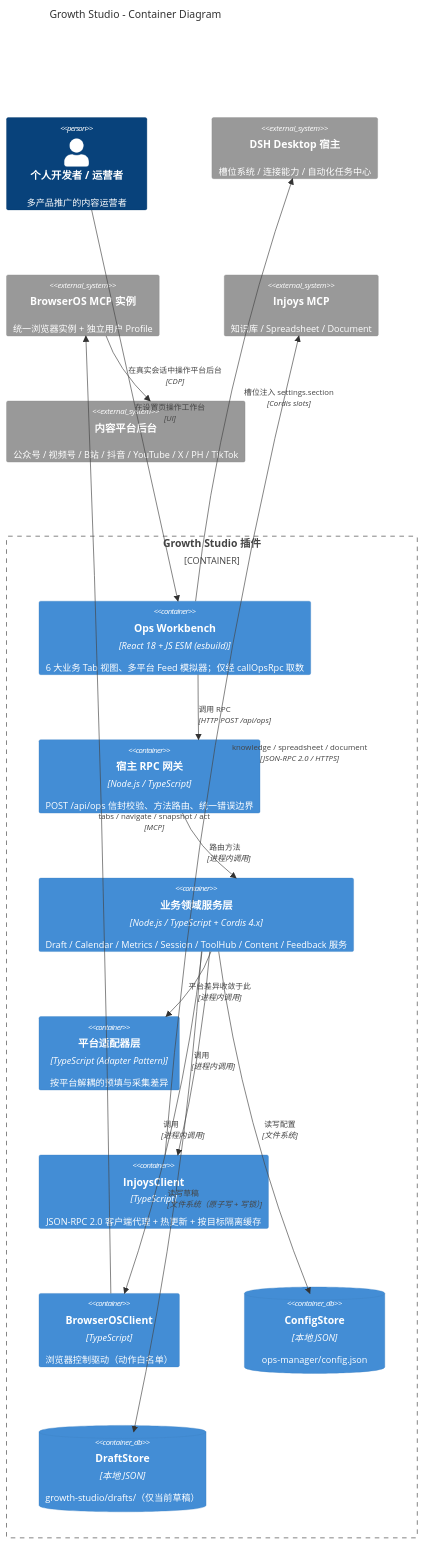
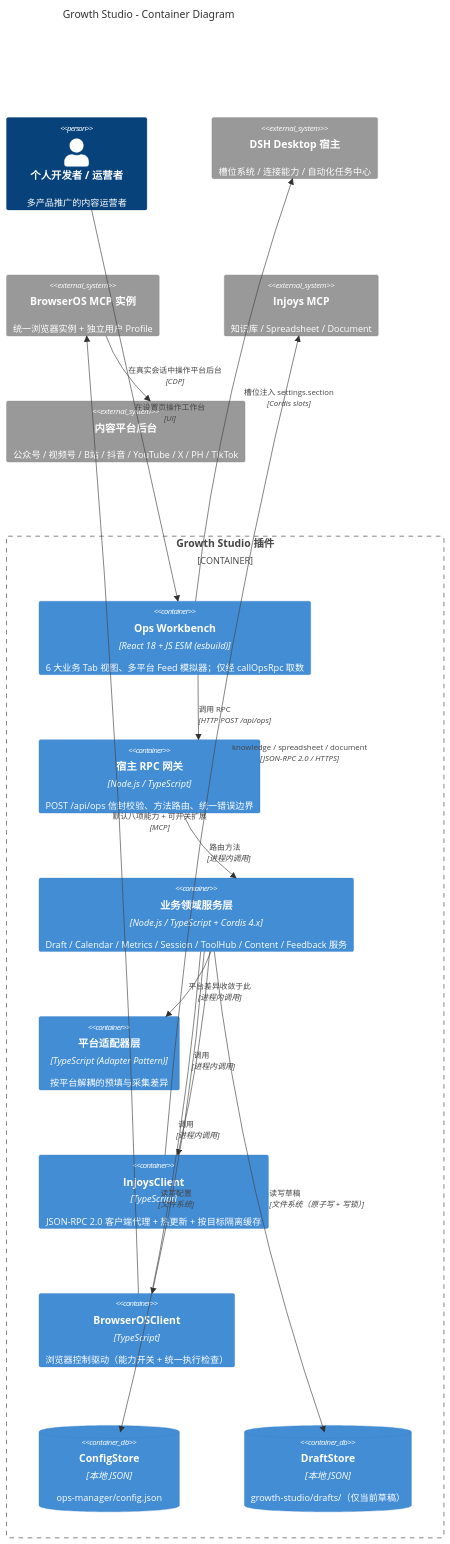
The first of 4 diagrams in .context/architecture/container_component_view.md (InJoysAI/dsh-growth-studio), drawn with Mermaid before and after one commit. The commit also changed other lines of this file and 22 other files, not shown here.

Commit message:
feat: add ADR 009 for BrowserOS capability management and update context architecture docs

````diff
--- a/.context/architecture/container_component_view.md
+++ b/.context/architecture/container_component_view.md
@@ -15,35 +15,35 @@
 ```mermaid
 C4Container
     title Growth Studio - Container Diagram
 
     Person(user, "个人开发者 / 运营者", "多产品推广的内容运营者")
 
     Container_Boundary(gs, "Growth Studio 插件") {
         Container(ui, "Ops Workbench", "React 18 + JS ESM (esbuild)", "6 大业务 Tab 视图、多平台 Feed 模拟器；仅经 callOpsRpc 取数")
         Container(gw, "宿主 RPC 网关", "Node.js / TypeScript", "POST /api/ops 信封校验、方法路由、统一错误边界")
         Container(domain, "业务领域服务层", "Node.js / TypeScript + Cordis 4.x", "Draft / Calendar / Metrics / Session / ToolHub / Content / Feedback 服务")
         Container(adapters, "平台适配器层", "TypeScript (Adapter Pattern)", "按平台解耦的预填与采集差异")
         Container(injoys, "InjoysClient", "TypeScript", "JSON-RPC 2.0 客户端代理 + 热更新 + 按目标隔离缓存")
-        Container(bos, "BrowserOSClient", "TypeScript", "浏览器控制驱动（动作白名单）")
+        Container(bos, "BrowserOSClient", "TypeScript", "浏览器控制驱动（能力开关 + 统一执行检查）")
         ContainerDb(cfg, "ConfigStore", "本地 JSON", "ops-manager/config.json")
         ContainerDb(store, "DraftStore", "本地 JSON", "growth-studio/drafts/（仅当前草稿）")
     }
 
     System_Ext(dsh, "DSH Desktop 宿主", "槽位系统 / 连接能力 / 自动化任务中心")
     System_Ext(bos_mcp, "BrowserOS MCP 实例", "统一浏览器实例 + 独立用户 Profile")
     System_Ext(injoys_mcp, "Injoys MCP", "知识库 / Spreadsheet / Document")
     System_Ext(platforms, "内容平台后台", "公众号 / 视频号 / B站 / 抖音 / YouTube / X / PH / TikTok")
 
     Rel(user, ui, "在设置页操作工作台", "UI")
     Rel(ui, gw, "调用 RPC", "HTTP POST /api/ops")
     Rel(gw, domain, "路由方法", "进程内调用")
     Rel(domain, adapters, "平台差异收敛于此", "进程内调用")
     Rel(domain, cfg, "读写配置", "文件系统")
     Rel(domain, store, "读写草稿", "文件系统（原子写 + 写锁）")
     Rel(domain, injoys, "调用", "进程内调用")
     Rel(domain, bos, "调用", "进程内调用")
     Rel(injoys, injoys_mcp, "knowledge / spreadsheet / document", "JSON-RPC 2.0 / HTTPS")
-    Rel(bos, bos_mcp, "tabs / navigate / snapshot / act", "MCP")
+    Rel(bos, bos_mcp, "默认八项能力 + 可开关扩展", "MCP")
     Rel(bos_mcp, platforms, "在真实会话中操作平台后台", "CDP")
     Rel(ui, dsh, "槽位注入 settings.section", "Cordis slots")
 ```
````
